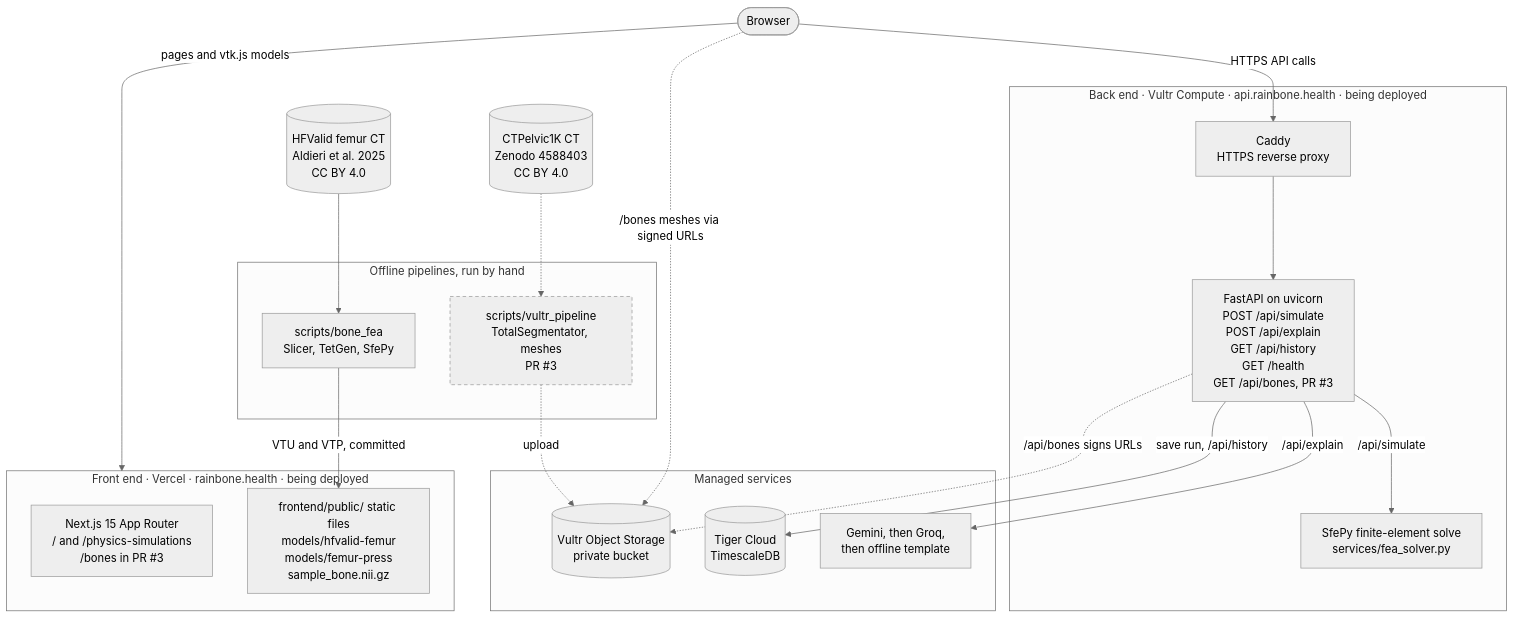
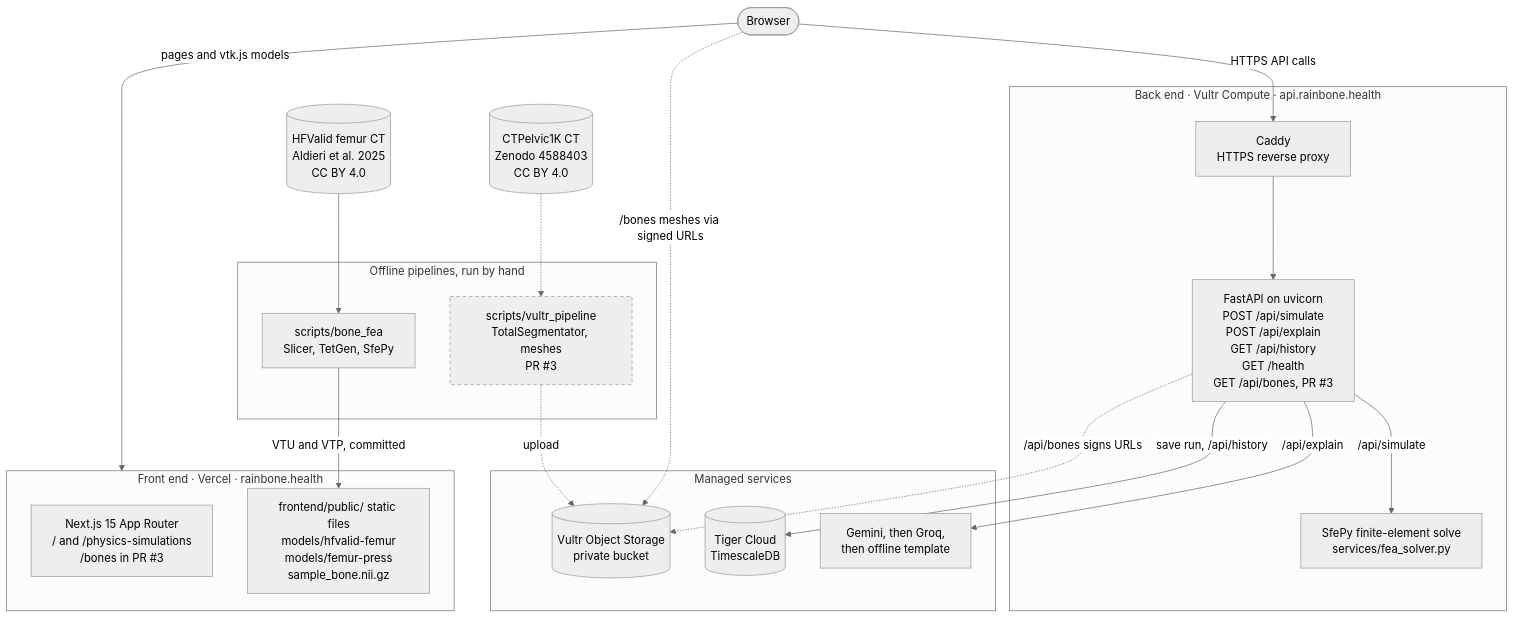
Before and after one commit to galitau/Rainbone_prod_hackthevalley11: the diagram in README.md, drawn with Mermaid (neutral theme). The commit also changed other lines of this file and 1 other file, not shown here.

````diff
--- a/README.md
+++ b/README.md
@@ -14,45 +14,45 @@
 ```mermaid
 flowchart TB
   user(["Browser"])
 
-  subgraph VERCEL["Front end · Vercel · rainbone.health · being deployed"]
+  subgraph VERCEL["Front end · Vercel · rainbone.health"]
     next["Next.js 15 App Router<br/>/ and /physics-simulations<br/>/bones in PR #3"]
     static["frontend/public/ static files<br/>models/hfvalid-femur<br/>models/femur-press<br/>sample_bone.nii.gz"]
   end
 
-  subgraph VULTR["Back end · Vultr Compute · api.rainbone.health · being deployed"]
+  subgraph VULTR["Back end · Vultr Compute · api.rainbone.health"]
     caddy["Caddy<br/>HTTPS reverse proxy"]
     api["FastAPI on uvicorn<br/>POST /api/simulate<br/>POST /api/explain<br/>GET /api/history<br/>GET /health<br/>GET /api/bones, PR #3"]
     fea["SfePy finite-element solve<br/>services/fea_solver.py"]
     caddy --> api
     api -->|"/api/simulate"| fea
   end
 
   subgraph CLOUD["Managed services"]
     llm["Gemini, then Groq,<br/>then offline template"]
     tiger[("Tiger Cloud<br/>TimescaleDB")]
     vos[("Vultr Object Storage<br/>private bucket")]
   end
 
   subgraph OFFLINE["Offline pipelines, run by hand"]
     bonefea["scripts/bone_fea<br/>Slicer, TetGen, SfePy"]
     vpipe["scripts/vultr_pipeline<br/>TotalSegmentator, meshes<br/>PR #3"]
   end
 
   hfvalid[("HFValid femur CT<br/>Aldieri et al. 2025<br/>CC BY 4.0")]
   ctp[("CTPelvic1K CT<br/>Zenodo 4588403<br/>CC BY 4.0")]
 
   user -->|"pages and vtk.js models"| VERCEL
   user -->|"HTTPS API calls"| caddy
   user -.->|"/bones meshes via signed URLs"| vos
   api -->|"/api/explain"| llm
   api -->|"save run, /api/history"| tiger
   api -.->|"/api/bones signs URLs"| vos
   hfvalid --> bonefea
   bonefea -->|"VTU and VTP, committed"| static
   ctp -.-> vpipe
   vpipe -.->|"upload"| vos
 
   classDef pr stroke-dasharray: 5 4
   class vpipe pr
 ```
````
